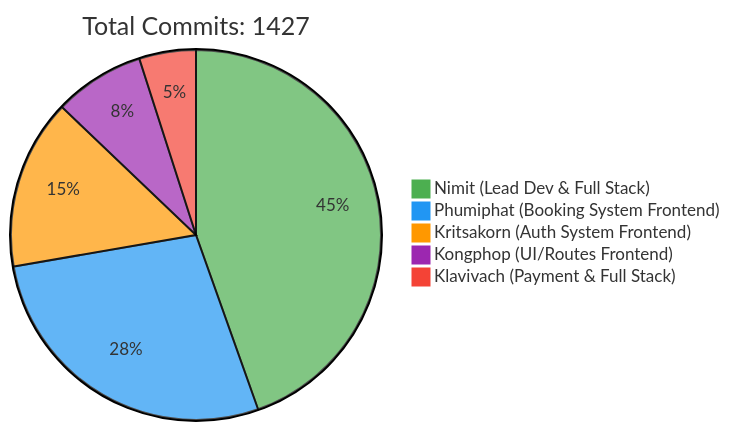
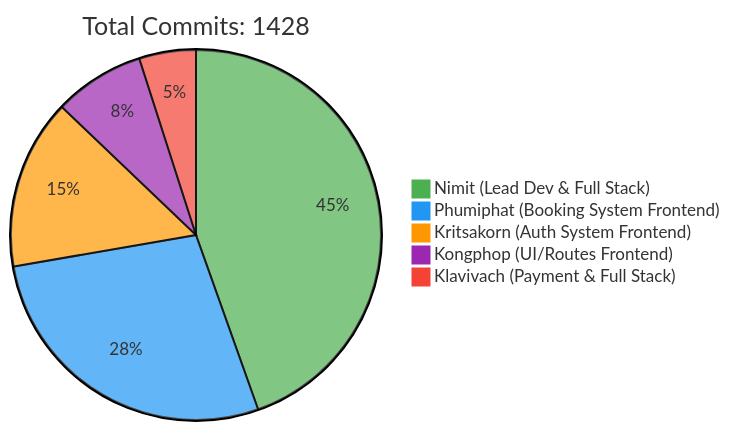
The first of 2 diagrams in README.md (6531503042/Sport-Complex), drawn with Mermaid before and after one commit. The commit also changed other lines of this file, not shown here.

Commit message:
docs: Update contributor statistics [skip ci]

````diff
--- a/README.md
+++ b/README.md
@@ -257,10 +257,10 @@
 ```mermaid
 %%{init: {'theme': 'base', 'themeVariables': { 'pie1': '#4CAF50', 'pie2': '#2196F3', 'pie3': '#FF9800', 'pie4': '#9C27B0', 'pie5': '#F44336'}}}%%
 pie
-    title Total Commits: 1427
+    title Total Commits: 1428
     "Nimit (Lead Dev & Full Stack)" : 450
     "Phumiphat (Booking System Frontend)" : 280
     "Kritsakorn (Auth System Frontend)" : 150
     "Kongphop (UI/Routes Frontend)" : 80
     "Klavivach (Payment & Full Stack)" : 50
 ```
````
